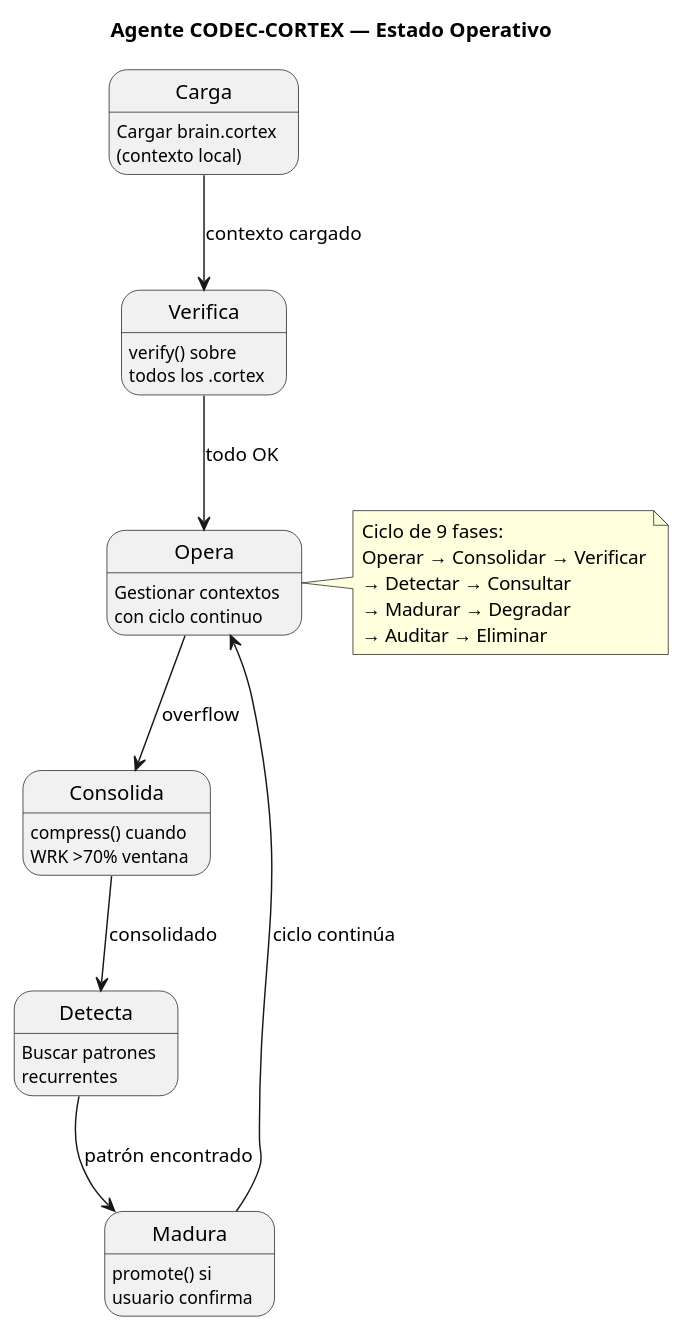
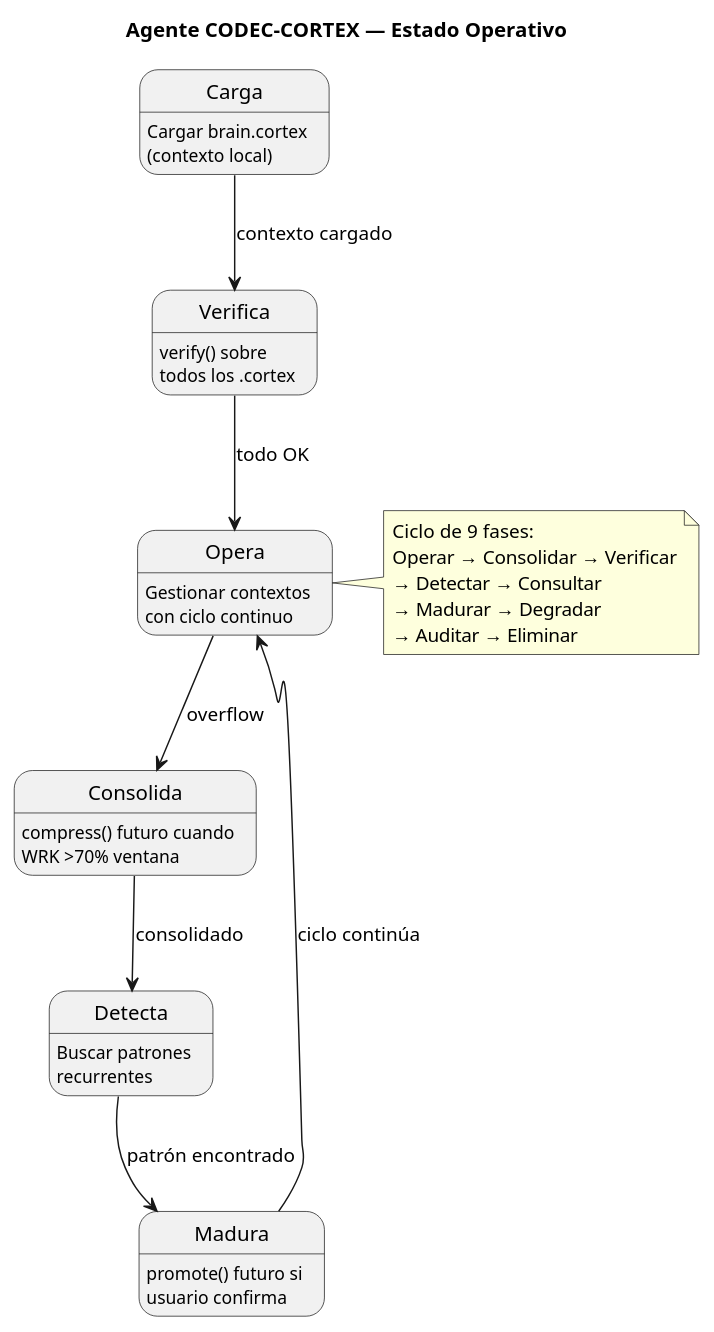
Before and after one commit to FidelErnesto03/codec-cortex: the diagram in skill/AGENT.md, drawn with PlantUML. The commit also changed other lines of this file and 26 other files, not shown here.

````diff
--- a/skill/AGENT.md
+++ b/skill/AGENT.md
@@ -69,27 +69,27 @@
 ```puml
 @startuml
 title Agente CODEC-CORTEX — Estado Operativo
 
 state Carga : Cargar brain.cortex\n(contexto local)
 state Verifica : verify() sobre\ntodos los .cortex
 state Opera : Gestionar contextos\ncon ciclo continuo
-state Consolida : compress() cuando\nWRK >70% ventana
+state Consolida : compress() futuro cuando\nWRK >70% ventana
 state Detecta : Buscar patrones\nrecurrentes
-state Madura : promote() si\nusuario confirma
+state Madura : promote() futuro si\nusuario confirma
 
 Carga --> Verifica : contexto cargado
 Verifica --> Opera : todo OK
 Opera --> Consolida : overflow
 Consolida --> Detecta : consolidado
 Detecta --> Madura : patrón encontrado
 Madura --> Opera : ciclo continúa
 
 note right of Opera
   Ciclo de 9 fases:
   Operar → Consolidar → Verificar
   → Detectar → Consultar
   → Madurar → Degradar
   → Auditar → Eliminar
 end note
 @enduml
 ```
````
